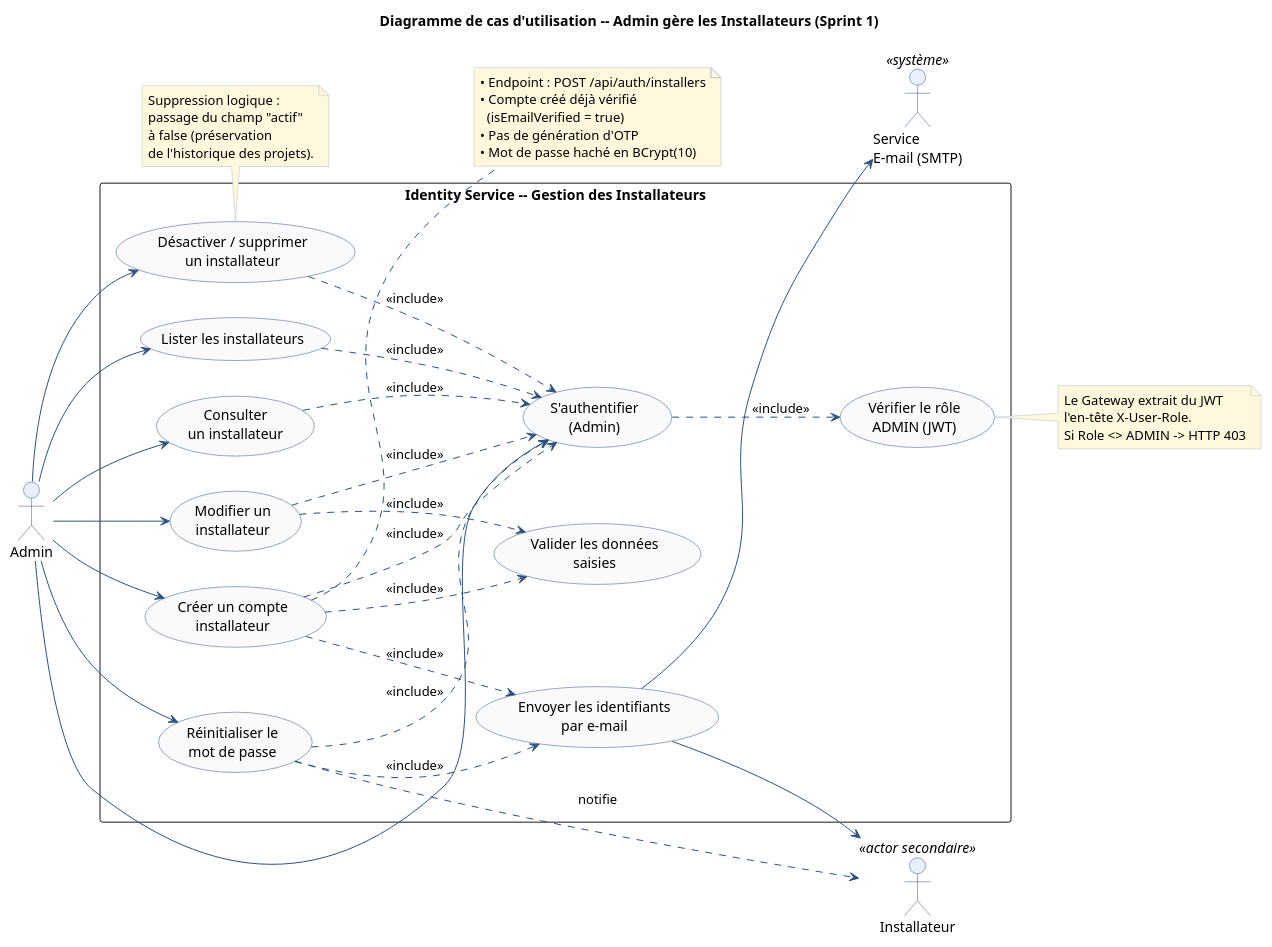
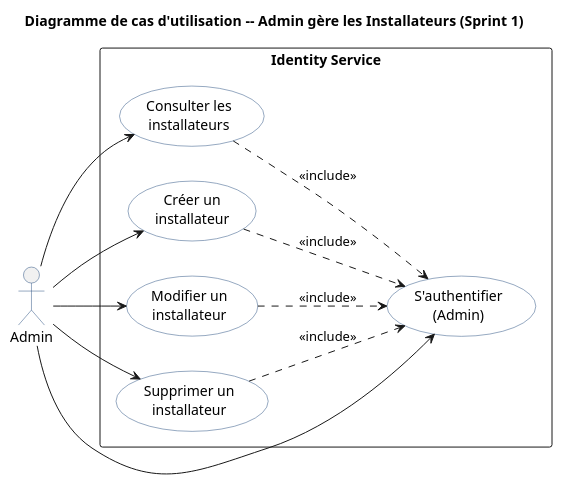
One commit to LouayJDAY/SolarEase changed the diagram in rapport/overleaf/uc-admin-installateurs.puml. Above: the diagram before and after it, drawn with PlantUML. The commit also changed 205 other files, not shown here.

```diff
--- a/rapport/overleaf/uc-admin-installateurs.puml
+++ b/rapport/overleaf/uc-admin-installateurs.puml
@@ -1,107 +1,35 @@
 @startuml uc-admin-installateurs
 title Diagramme de cas d'utilisation -- Admin gère les Installateurs (Sprint 1)
 
 left to right direction
-
 skinparam shadowing false
-skinparam packageStyle rectangle
 skinparam usecase {
-    BackgroundColor    #FAFAFA
-    BorderColor        #2C5282
-    ArrowColor         #2C5282
-    FontName           "Helvetica"
+    BackgroundColor #FFFFFF
+    BorderColor     #2C5282
 }
 skinparam actor {
-    BackgroundColor    #E8F0FE
-    BorderColor        #2C5282
-}
-skinparam note {
-    BackgroundColor    #FFF8DC
-    BorderColor        #B0BEC5
+    BorderColor #2C5282
 }
 
-' ────────────────────────────────────────────
-'  ACTEURS
-' ────────────────────────────────────────────
-actor "Admin"        as Admin
-actor "Installateur" as Installer  <<actor secondaire>>
-actor "Service\nE-mail (SMTP)" as Mailer <<système>>
+actor Admin
 
-' ────────────────────────────────────────────
-'  PÉRIMÈTRE DU SYSTÈME
-' ────────────────────────────────────────────
-rectangle "Identity Service -- Gestion des Installateurs" {
-
-    usecase "S'authentifier\n(Admin)"            as UC_Auth
-    usecase "Lister les installateurs"           as UC_List
-    usecase "Consulter\nun installateur"         as UC_View
-    usecase "Créer un compte\ninstallateur"      as UC_Create
-    usecase "Modifier un\ninstallateur"          as UC_Update
-    usecase "Désactiver / supprimer\nun installateur" as UC_Delete
-    usecase "Réinitialiser le\nmot de passe"     as UC_Reset
-    usecase "Envoyer les identifiants\npar e-mail"     as UC_SendCreds
-    usecase "Vérifier le rôle\nADMIN (JWT)"      as UC_CheckRole
-    usecase "Valider les données\nsaisies"       as UC_Validate
+rectangle "Identity Service" {
+    usecase "S'authentifier\n(Admin)"      as UC_Auth
+    usecase "Consulter les\ninstallateurs" as UC_List
+    usecase "Créer un\ninstallateur"       as UC_Create
+    usecase "Modifier un\ninstallateur"    as UC_Update
+    usecase "Supprimer un\ninstallateur"   as UC_Delete
 }
 
-' ────────────────────────────────────────────
-'  ASSOCIATIONS ACTEUR -> CAS D'UTILISATION
-' ────────────────────────────────────────────
 Admin --> UC_Auth
 Admin --> UC_List
-Admin --> UC_View
 Admin --> UC_Create
 Admin --> UC_Update
 Admin --> UC_Delete
-Admin --> UC_Reset
 
-' Installateur reçoit son compte (acteur secondaire)
-UC_SendCreds  --> Installer
-UC_Reset      ..> Installer  : notifie
-
-' Mailer = système externe
-UC_SendCreds  --> Mailer
-
-' ────────────────────────────────────────────
-'  RELATIONS INCLUDE / EXTEND
-' ────────────────────────────────────────────
-UC_List   ..> UC_Auth      : <<include>>
-UC_View   ..> UC_Auth      : <<include>>
-UC_Create ..> UC_Auth      : <<include>>
-UC_Update ..> UC_Auth      : <<include>>
-UC_Delete ..> UC_Auth      : <<include>>
-UC_Reset  ..> UC_Auth      : <<include>>
-
-UC_Auth   ..> UC_CheckRole : <<include>>
-
-UC_Create ..> UC_Validate  : <<include>>
-UC_Update ..> UC_Validate  : <<include>>
-
-UC_Create ..> UC_SendCreds : <<include>>
-UC_Reset  ..> UC_SendCreds : <<include>>
-
-' ────────────────────────────────────────────
-'  NOTES EXPLICATIVES
-' ────────────────────────────────────────────
-note right of UC_Create
-  • Endpoint : POST /api/auth/installers
-  • Compte créé déjà vérifié
-    (isEmailVerified = true)
-  • Pas de génération d'OTP
-  • Mot de passe haché en BCrypt(10)
-end note
-
-note right of UC_CheckRole
-  Le Gateway extrait du JWT
-  l'en-tête X-User-Role.
-  Si Role <> ADMIN -> HTTP 403
-end note
-
-note bottom of UC_Delete
-  Suppression logique :
-  passage du champ "actif"
-  à false (préservation
-  de l'historique des projets).
-end note
+UC_List   ..> UC_Auth : <<include>>
+UC_Create ..> UC_Auth : <<include>>
+UC_Update ..> UC_Auth : <<include>>
+UC_Delete ..> UC_Auth : <<include>>
 
 @enduml
```
